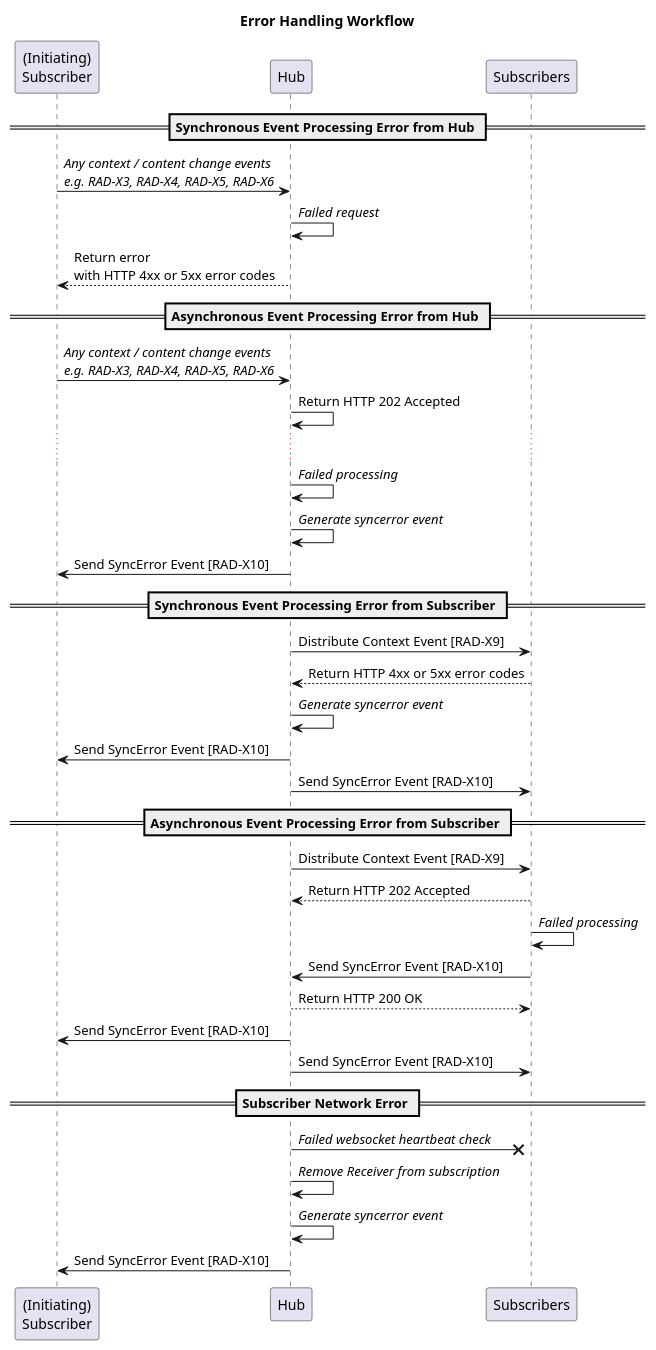
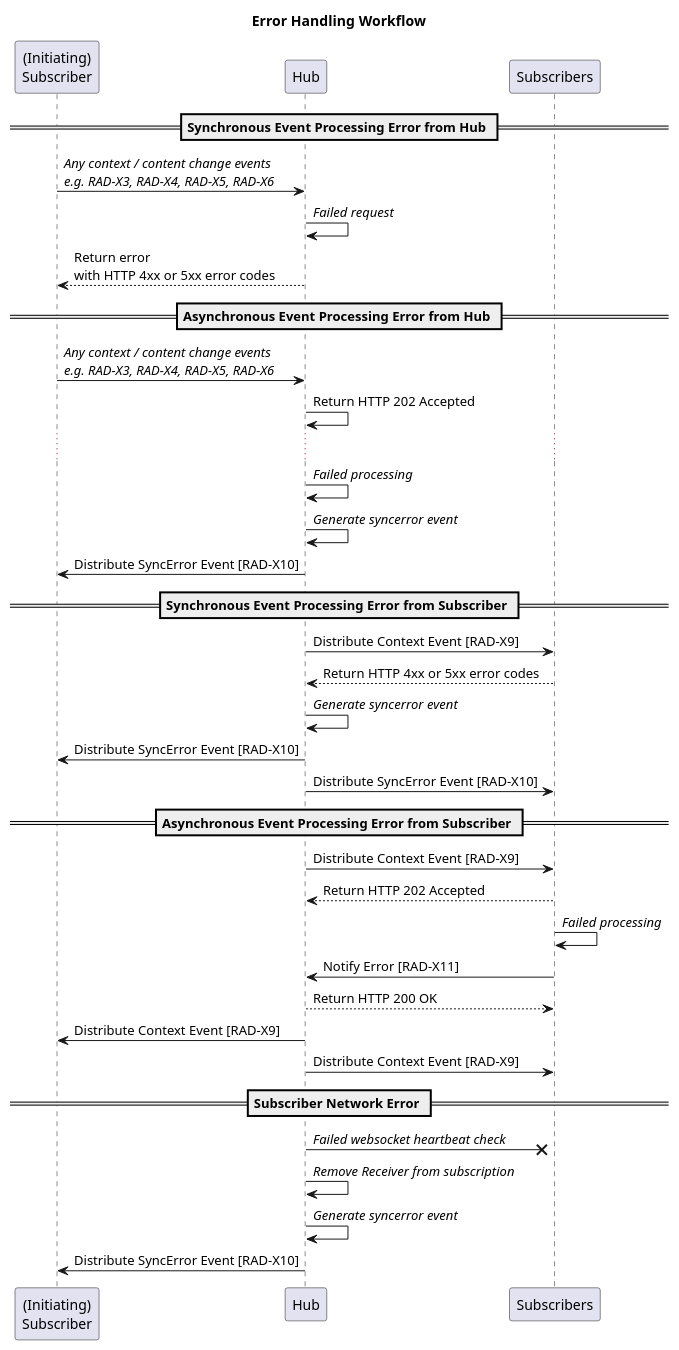
The diagram in input/images-source/syncerror.plantuml (IHE/RAD.IRA), drawn with PlantUML before and after one commit. The commit also changed 1 other file, not shown here.

Commit message:
Updated to use the new Notify Error RAD-X11.

```diff
--- a/input/images-source/syncerror.plantuml
+++ b/input/images-source/syncerror.plantuml
@@ -1,46 +1,46 @@
 @startuml syncerror
 
 title Error Handling Workflow
 
 participant "(Initiating)\nSubscriber" as Requester
 participant "Hub" as Hub
 participant "Subscribers" as Receiver
 
 == Synchronous Event Processing Error from Hub ==
 
 Requester->Hub: //Any context / content change events//\n//e.g. RAD-X3, RAD-X4, RAD-X5, RAD-X6//
 Hub->Hub: //Failed request//
 Hub-->Requester: Return error\nwith HTTP 4xx or 5xx error codes
 
 == Asynchronous Event Processing Error from Hub ==
 
 Requester->Hub: //Any context / content change events//\n//e.g. RAD-X3, RAD-X4, RAD-X5, RAD-X6//
 Hub->Hub: Return HTTP 202 Accepted
 ...
 Hub->Hub: //Failed processing// 
 Hub->Hub: //Generate syncerror event//
-Hub->Requester: Send SyncError Event [RAD-X10]
+Hub->Requester: Distribute SyncError Event [RAD-X10]
 
 == Synchronous Event Processing Error from Subscriber ==
 Hub->Receiver: Distribute Context Event [RAD-X9]
 Receiver-->Hub: Return HTTP 4xx or 5xx error codes
 Hub->Hub: //Generate syncerror event//
-Hub->Requester: Send SyncError Event [RAD-X10]
-Hub->Receiver: Send SyncError Event [RAD-X10]
+Hub->Requester: Distribute SyncError Event [RAD-X10]
+Hub->Receiver: Distribute SyncError Event [RAD-X10]
 
 == Asynchronous Event Processing Error from Subscriber ==
 Hub->Receiver: Distribute Context Event [RAD-X9]
 Receiver-->Hub: Return HTTP 202 Accepted
 Receiver->Receiver: //Failed processing//
-Receiver->Hub: Send SyncError Event [RAD-X10]
+Receiver->Hub: Notify Error [RAD-X11]
 Hub-->Receiver: Return HTTP 200 OK
-Hub->Requester: Send SyncError Event [RAD-X10]
-Hub->Receiver: Send SyncError Event [RAD-X10]
+Hub->Requester: Distribute Context Event [RAD-X9]
+Hub->Receiver: Distribute Context Event [RAD-X9]
 
 == Subscriber Network Error ==
 Hub->x Receiver: //Failed websocket heartbeat check//
 Hub->Hub: //Remove Receiver from subscription//
 Hub->Hub: //Generate syncerror event//
-Hub->Requester: Send SyncError Event [RAD-X10]
+Hub->Requester: Distribute SyncError Event [RAD-X10]
 
 @enduml
```
